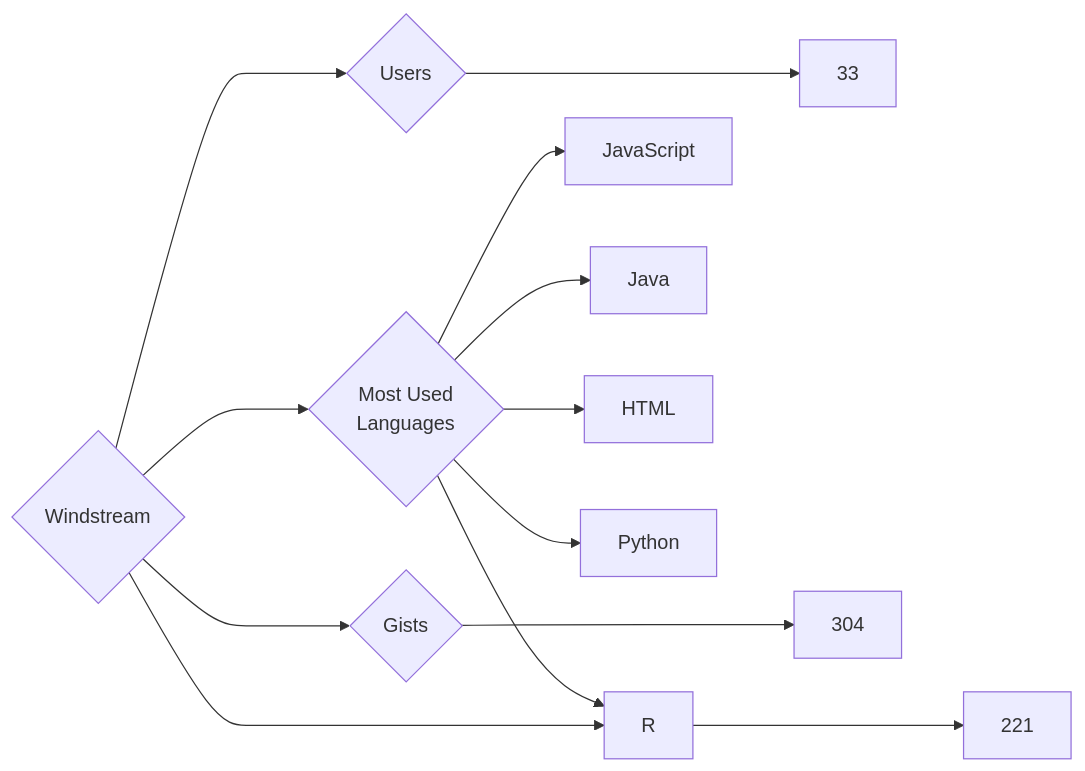
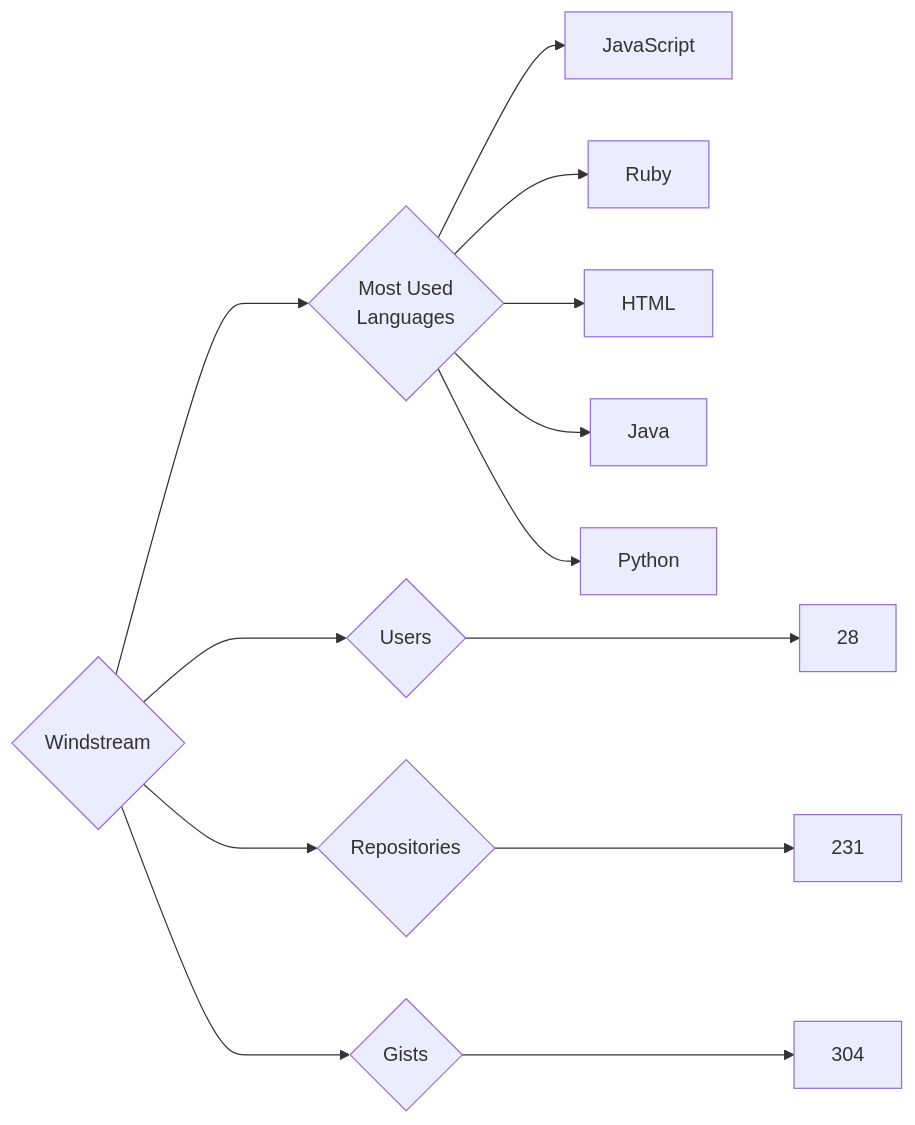
The diagram in targets/Windstream/README.md (trickest/insiders), drawn with Mermaid before and after one commit. The commit also changed 681 other files, not shown here.

````diff
--- a/targets/Windstream/README.md
+++ b/targets/Windstream/README.md
@@ -3,13 +3,13 @@
 ```mermaid
 graph LR
 COMPANY_NAME{Windstream}
-COMPANY_NAME ---> U{Users} ---> UN[33]
-COMPANY_NAME ---> R{Repositories} ---> RN[221]
+COMPANY_NAME ---> U{Users} ---> UN[28]
+COMPANY_NAME ---> R{Repositories} ---> RN[231]
 COMPANY_NAME ---> G{Gists} ---> GN[304]
 COMPANY_NAME ---> ML{Most Used<br>Languages}
 ML --> JavaScript[JavaScript]
+ML --> Ruby[Ruby]
+ML --> HTML[HTML]
 ML --> Java[Java]
-ML --> HTML[HTML]
-ML --> R[R]
 ML --> Python[Python]
 ```
````
